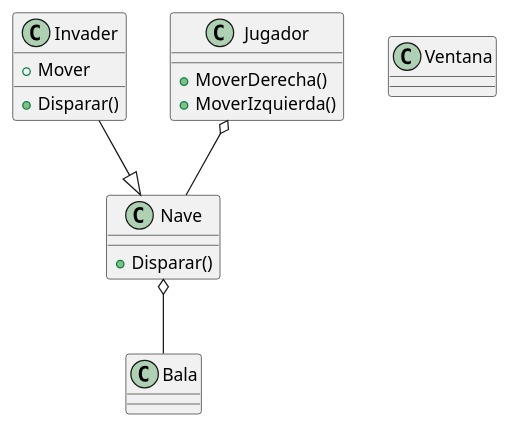
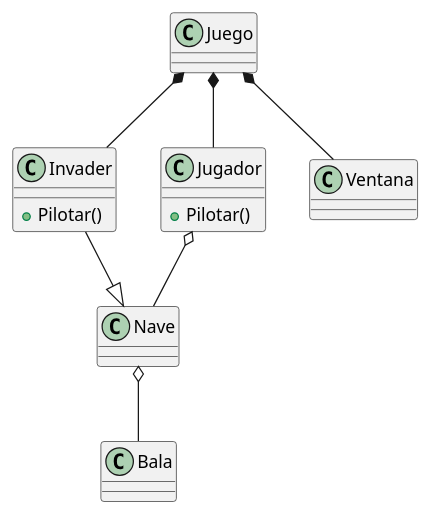
One commit to JavierP284/Proyecto-Final changed the diagram in docs/diagrama.puml. Above: the diagram before and after it, drawn with PlantUML. The commit also changed 1 other file, not shown here.

```diff
--- a/docs/diagrama.puml
+++ b/docs/diagrama.puml
@@ -1,24 +1,27 @@
 @startuml
 Class Bala{
 
 }
 Class Invader{
-    +Disparar()
-    +Mover
+    +Pilotar()
 }
 Class Nave{
-    +Disparar()
+
 }
 Class Jugador{
-    +MoverDerecha()
-    +MoverIzquierda()
+    +Pilotar()
 }
 Class Ventana{
 
 }
+Class Juego{
+}
 
+Juego *-- Ventana
+Juego *-- Jugador
+Juego *-- Invader
 Jugador o-- Nave
 Invader --|> Nave
 Nave o-- Bala
 
 @enduml
```
